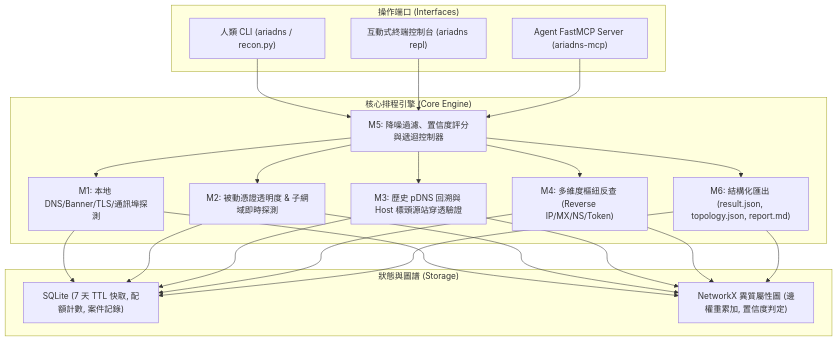
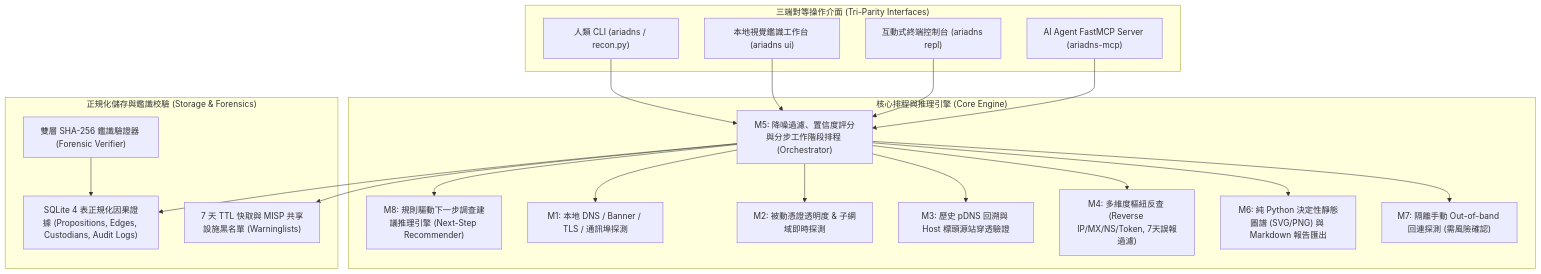
The diagram in README.md (jontykuan/Ariadns), drawn with Mermaid before and after one commit. The commit also changed other lines of this file and 1 other file, not shown here.

Commit message:
docs: update README.md for v2.0 interfaces and add complete English user manual

````diff
--- a/README.md
+++ b/README.md
@@ -10,28 +11,34 @@
 ```mermaid
 flowchart TD
-    subgraph Interfaces ["操作端口 (Interfaces)"]
+    subgraph Interfaces ["三端對等操作介面 (Tri-Parity Interfaces)"]
         CLI["人類 CLI (ariadns / recon.py)"]
+        UI["本地視覺鑑識工作台 (ariadns ui)"]
         REPL["互動式終端控制台 (ariadns repl)"]
-        MCP["Agent FastMCP Server (ariadns-mcp)"]
+        MCP["AI Agent FastMCP Server (ariadns-mcp)"]
     end
 
-    subgraph CoreEngine ["核心排程引擎 (Core Engine)"]
-        M5["M5: 降噪過濾、置信度評分與遞迴控制器"]
-        M1["M1: 本地 DNS/Banner/TLS/通訊埠探測"]
+    subgraph CoreEngine ["核心排程與推理引擎 (Core Engine)"]
+        M5["M5: 降噪過濾、置信度評分與分步工作階段排程 (Orchestrator)"]
+        M8["M8: 規則驅動下一步調查建議推理引擎 (Next-Step Recommender)"]
+        M1["M1: 本地 DNS / Banner / TLS / 通訊埠探測"]
         M2["M2: 被動憑證透明度 & 子網域即時探測"]
         M3["M3: 歷史 pDNS 回溯與 Host 標頭源站穿透驗證"]
-        M4["M4: 多維度樞紐反查 (Reverse IP/MX/NS/Token)"]
-        M6["M6: 結構化匯出 (result.json, topology.json, report.md)"]
+        M4["M4: 多維度樞紐反查 (Reverse IP/MX/NS/Token, 7天誤報過濾)"]
+        M6["M6: 純 Python 決定性靜態圖譜 (SVG/PNG) 與 Markdown 報告匯出"]
+        M7["M7: 隔離手動 Out-of-band 回連探測 (需風險確認)"]
     end
 
-    subgraph Storage ["狀態與圖譜 (Storage)"]
-        SQLITE["SQLite (7 天 TTL 快取, 配額計數, 案件記錄)"]
-        GRAPH["NetworkX 異質屬性圖 (邊權重累加, 置信度判定)"]
+    subgraph Storage ["正規化儲存與鑑識校驗 (Storage & Forensics)"]
+        DB_NORM["SQLite 4 表正規化因果證據 (Propositions, Edges, Custodians, Audit Logs)"]
+        CACHE["7 天 TTL 快取與 MISP 共享設施黑名單 (Warninglists)"]
+        VERIFIER["雙層 SHA-256 鑑識驗證器 (Forensic Verifier)"]
     end
 
     CLI --> M5
+    UI --> M5
     REPL --> M5
     MCP --> M5
-    M5 --> M1 & M2 & M3 & M4 & M6
-    M1 & M2 & M3 & M4 & M6 --> SQLITE & GRAPH
+    M5 --> M8 & M1 & M2 & M3 & M4 & M6 & M7
+    M5 --> DB_NORM & CACHE
+    VERIFIER --> DB_NORM
 ```
````
